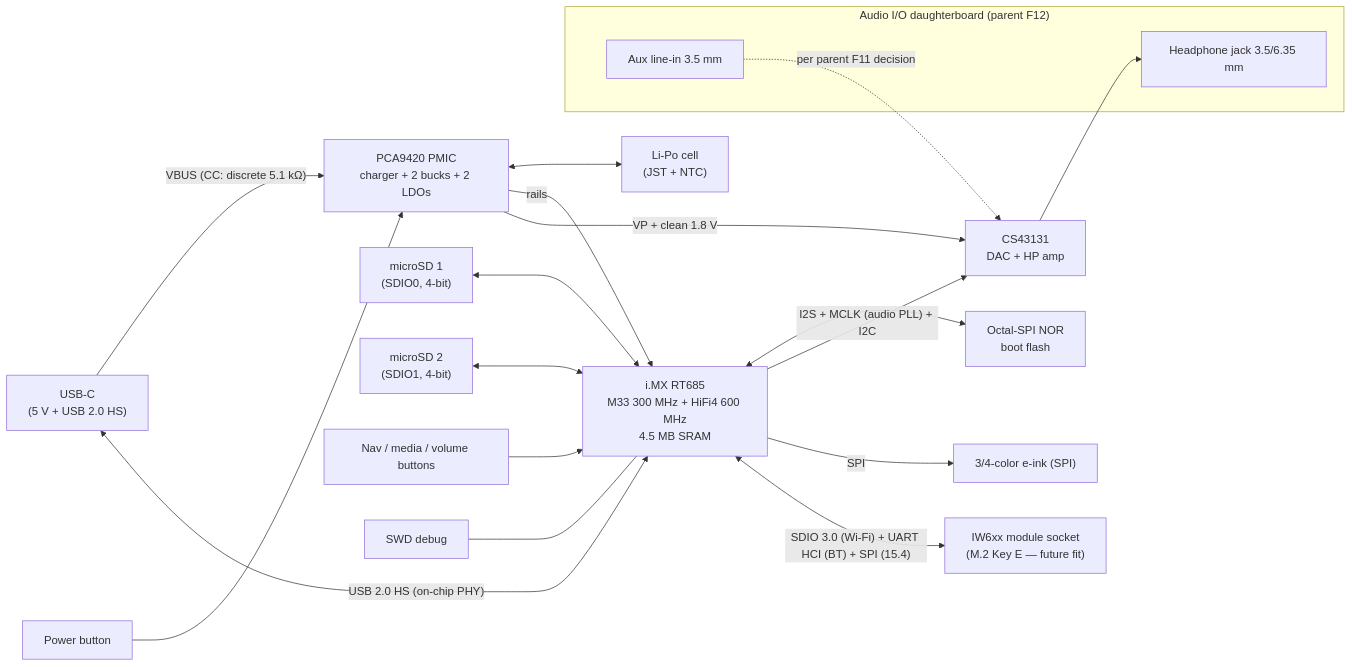
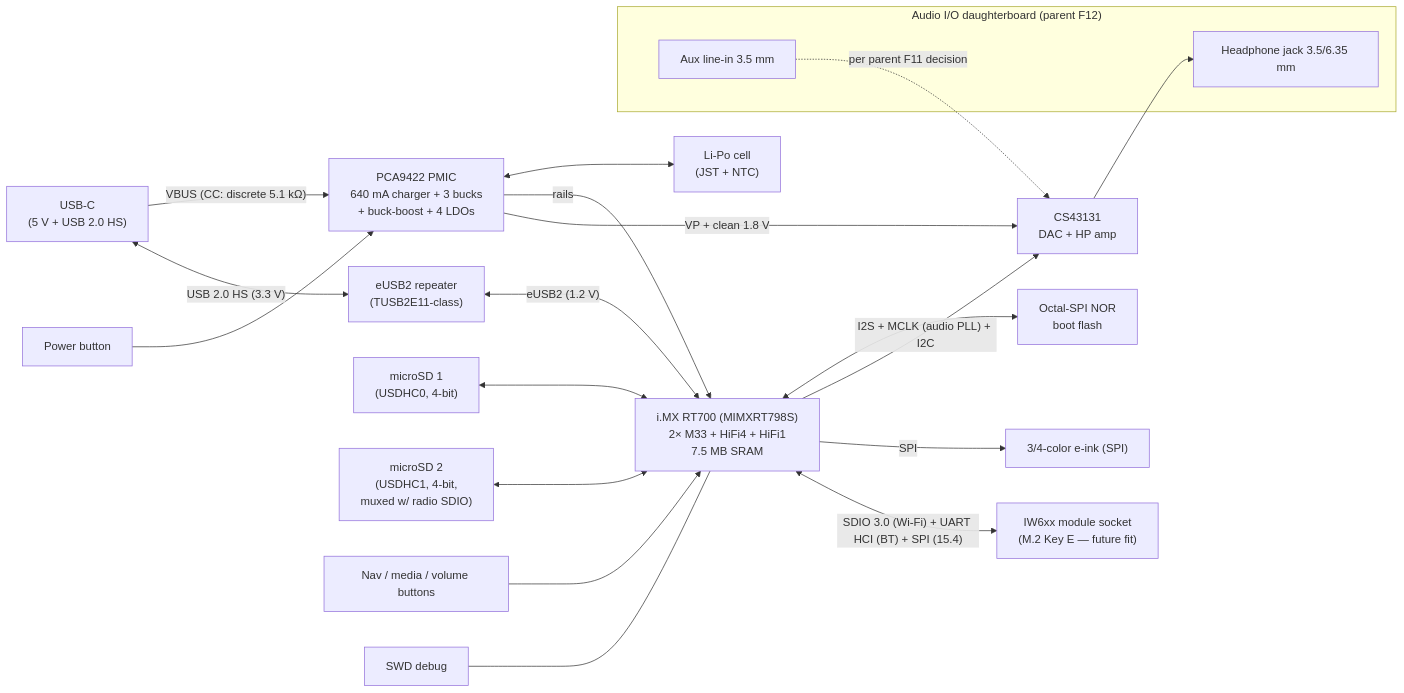
The diagram in EVT1.md (hoover55/osap), drawn with Mermaid before and after one commit. The commit also changed other lines of this file and 2 other files, not shown here.

First line of the commit message:
Move to i.MX RT700 + PCA9422; define eUSB2-to-USB-C interface

````diff
--- a/EVT1.md
+++ b/EVT1.md
@@ -61,37 +63,39 @@
 ```mermaid
 flowchart LR
     USBC["USB-C<br/>(5 V + USB 2.0 HS)"]
-    PMIC["PCA9420 PMIC<br/>charger + 2 bucks + 2 LDOs"]
+    PMIC["PCA9422 PMIC<br/>640 mA charger + 3 bucks<br/>+ buck-boost + 4 LDOs"]
+    RPT["eUSB2 repeater<br/>(TUSB2E11-class)"]
     BATT["Li-Po cell<br/>(JST + NTC)"]
     PWRB["Power button"]
-    MCU["i.MX RT685<br/>M33 300 MHz + HiFi4 600 MHz<br/>4.5 MB SRAM"]
+    MCU["i.MX RT700 (MIMXRT798S)<br/>2× M33 + HiFi4 + HiFi1<br/>7.5 MB SRAM"]
     FLASH["Octal-SPI NOR<br/>boot flash"]
     RADIO["IW6xx module socket<br/>(M.2 Key E — future fit)"]
     DAC["CS43131<br/>DAC + HP amp"]
-    SD1["microSD 1<br/>(SDIO0, 4-bit)"]
-    SD2["microSD 2<br/>(SDIO1, 4-bit)"]
+    SD1["microSD 1<br/>(USDHC0, 4-bit)"]
+    SD2["microSD 2<br/>(USDHC1, 4-bit,<br/>muxed w/ radio SDIO)"]
     EINK["3/4-color e-ink (SPI)"]
     BTNS["Nav / media / volume buttons"]
     SWD["SWD debug"]
 
     subgraph DB["Audio I/O daughterboard (parent F12)"]
         JACK["Headphone jack 3.5/6.35 mm"]
         AUX["Aux line-in 3.5 mm"]
     end
 
     USBC -- "VBUS (CC: discrete 5.1 kΩ)" --> PMIC
     PMIC <--> BATT
     PWRB --> PMIC
     PMIC -- "rails" --> MCU
     PMIC -- "VP + clean 1.8 V" --> DAC
-    USBC <-- "USB 2.0 HS (on-chip PHY)" --> MCU
+    USBC <-- "USB 2.0 HS (3.3 V)" --> RPT
+    RPT <-- "eUSB2 (1.2 V)" --> MCU
     MCU <--> FLASH
     MCU -- "I2S + MCLK (audio PLL) + I2C" --> DAC --> JACK
     AUX -. "per parent F11 decision" .-> DAC
     SD1 <--> MCU
     SD2 <--> MCU
     MCU -- "SPI" --> EINK
     BTNS --> MCU
     SWD --- MCU
     MCU <-- "SDIO 3.0 (Wi-Fi) + UART HCI (BT) + SPI (15.4)" --> RADIO
 ```
````
